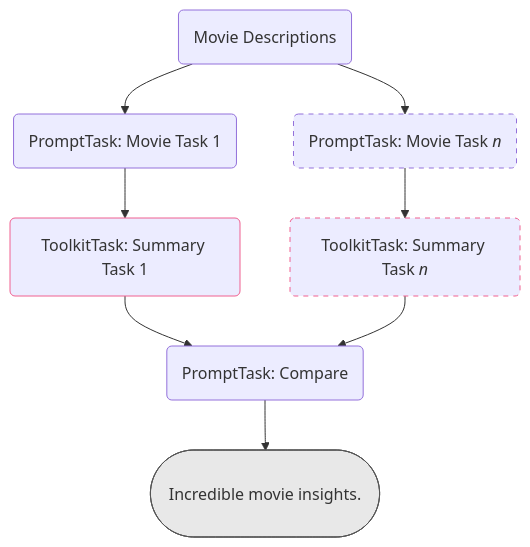
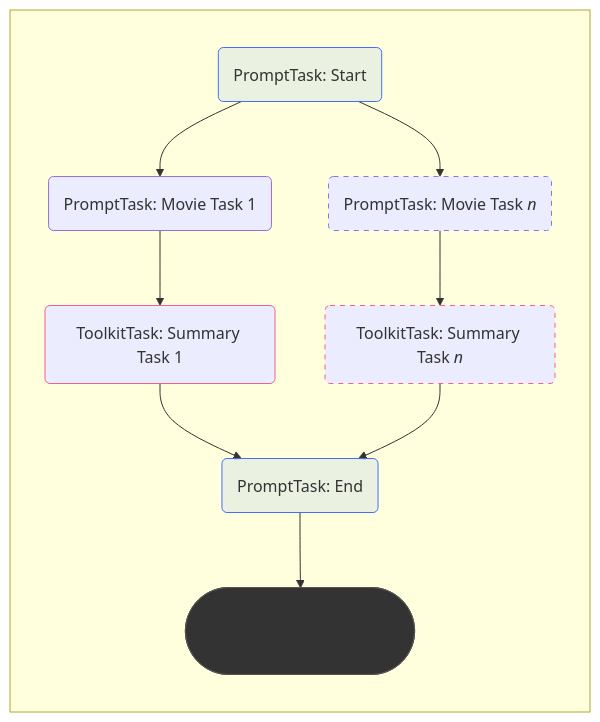
One commit to griptape-ai/griptape-trade-school changed the diagram in docs/courses/compare-movies-workflow/06_workflow_outputs.md. Above: the diagram before and after it, drawn with Mermaid. The commit also changed other lines of this file and 6 other files, not shown here.

````diff
--- a/docs/courses/compare-movies-workflow/06_workflow_outputs.md
+++ b/docs/courses/compare-movies-workflow/06_workflow_outputs.md
@@ -8,12 +8,22 @@
 ``` mermaid
-graph TB
-    A(Movie Descriptions) --> B("PromptTask: Movie Task 1") --> C("ToolkitTask: Summary Task 1"):::tool --> I("PromptTask: Compare")
-    A --> G("PromptTask: Movie Task <i>n</i>" ):::dash  --> H("ToolkitTask: Summary Task <i>n</i>"):::tool-dash
-    H --> I
-    I --> J(["\n  Incredible movie insights. \n\n"]):::output
+graph TB 
+    subgraph " "
+        direction TB
+        A("PromptTask: Start"):::main 
+        B("PromptTask: Movie Task 1")
+        G("PromptTask: Movie Task <i>n</i>" ):::dash
+        C("ToolkitTask: Summary Task 1"):::tool
+        H("ToolkitTask: Summary Task <i>n</i>" ):::tool-dash
+        I("PromptTask: End"):::main
+        J(["\n  Incredible movie insights. \n\n"]):::output
+        A --> B --> C --> I --> J
+        A --> G --> H --> I
+    end
+    
+    classDef main fill:#4274ff1a, stroke:#426eff
     classDef dash stroke-dasharray: 5 5
     classDef tool stroke:#f06090
     classDef tool-dash stroke:#f06090,stroke-dasharray: 5 5
-    classDef output fill:#5552,stroke:#555
+    classDef output fill:#333,stroke:#555
 
 ```
````
